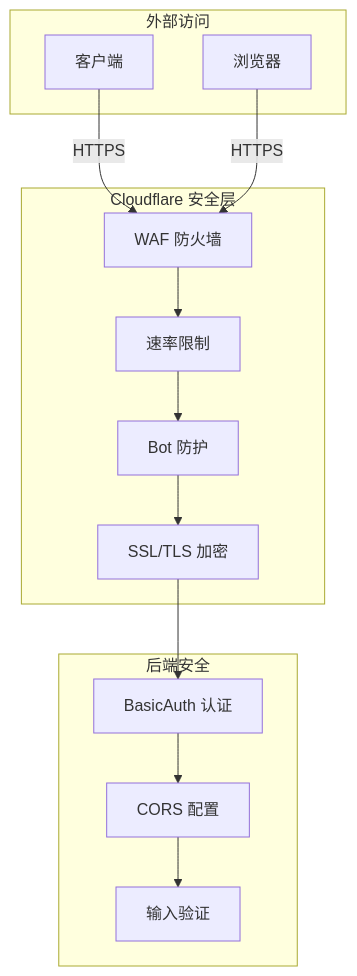
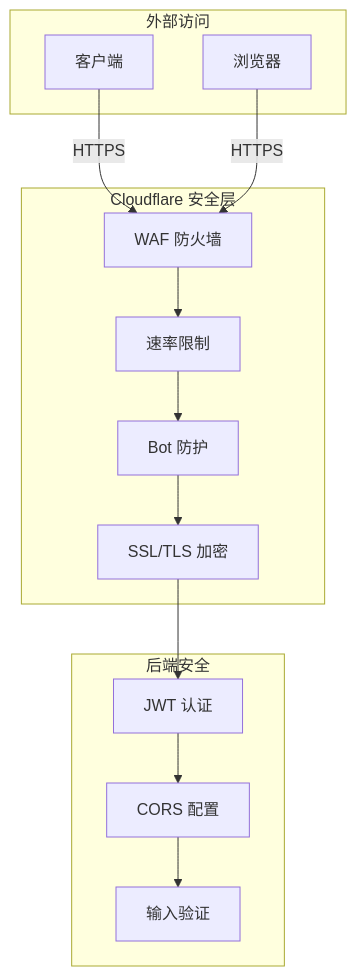
Before and after one commit to AstraSchedule/docs-site: the fifth of 5 diagrams in docs/guide/lowcost/architecture.md, drawn with Mermaid. The commit also changed 16 other files, not shown here.

````diff
--- a/docs/guide/lowcost/architecture.md
+++ b/docs/guide/lowcost/architecture.md
@@ -136,29 +136,29 @@
 ```mermaid
 graph TB
     subgraph "外部访问"
         Client["客户端"]
         Browser["浏览器"]
     end
     
     subgraph "Cloudflare 安全层"
         WAF["WAF 防火墙"]
         RateLimit["速率限制"]
         Bot["Bot 防护"]
         SSL["SSL/TLS 加密"]
     end
     
     subgraph "后端安全"
-        Auth["BasicAuth 认证"]
+        Auth["JWT 认证"]
         CORS["CORS 配置"]
         Validate["输入验证"]
     end
     
     Client -->|"HTTPS"| WAF
     Browser -->|"HTTPS"| WAF
     WAF --> RateLimit
     RateLimit --> Bot
     Bot --> SSL
     SSL --> Auth
     Auth --> CORS
     CORS --> Validate
 ```
````
